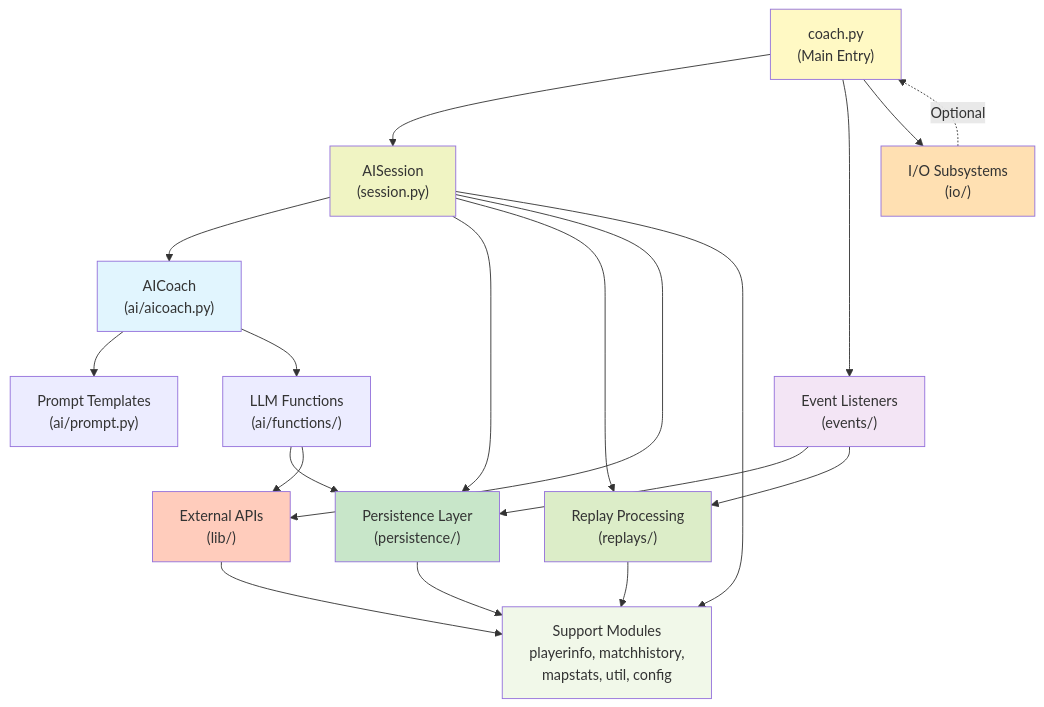
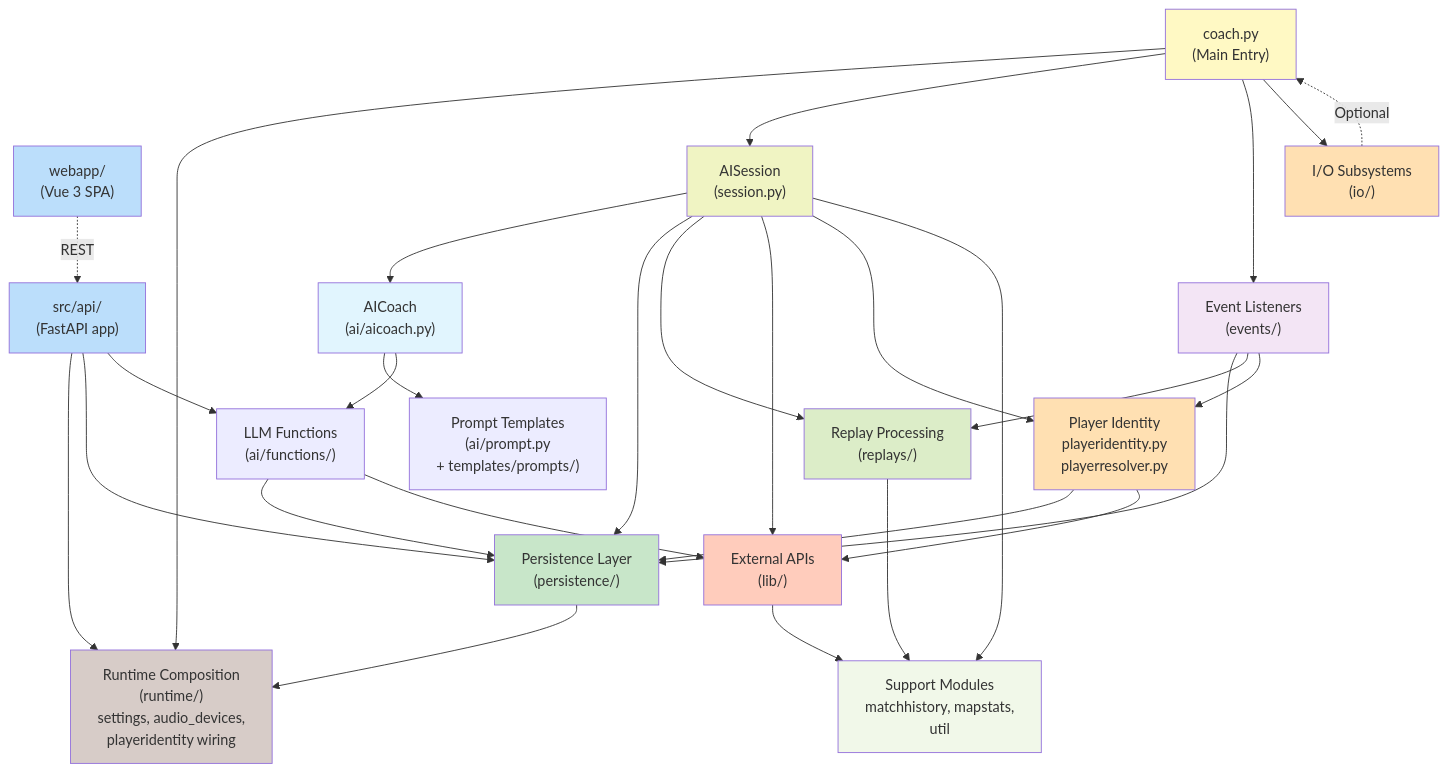
One commit to manuelseeger/sc2-ai-coach changed the second of 8 diagrams in docs/architecture.md. Above: the diagram before and after it, drawn with Mermaid. The commit also changed other lines of this file, not shown here.

Commit message:
Update architecture

````diff
--- a/docs/architecture.md
+++ b/docs/architecture.md
@@ -59,15 +71,20 @@
 graph TB
     Coach["coach.py
     (Main Entry)"]
+    Api["src/api/
+    (FastAPI app)"]
+    Webapp["webapp/
+    (Vue 3 SPA)"]
     Session["AISession
     (session.py)"]
     AICoach["AICoach
     (ai/aicoach.py)"]
     Prompt["Prompt Templates
-    (ai/prompt.py)"]
+    (ai/prompt.py
+    + templates/prompts/)"]
     Functions["LLM Functions
     (ai/functions/)"]
-    
+
     Events["Event Listeners
     (events/)"]
     IO["I/O Subsystems
@@ -78,37 +95,55 @@
     (replays/)"]
     Libs["External APIs
     (lib/)"]
-    
+    Runtime["Runtime Composition
+    (runtime/)
+    settings, audio_devices,
+    playeridentity wiring"]
+    Identity["Player Identity
+    playeridentity.py
+    playerresolver.py"]
     Support["Support Modules
-    playerinfo, matchhistory,
-    mapstats, util, config"]
-    
+    matchhistory, mapstats,
+    util"]
+
+    Coach --> Runtime
     Coach --> Session
     Coach --> Events
     Coach --> IO
-    
+
+    Api --> Runtime
+    Api --> Persistence
+    Api --> Functions
+    Webapp -.->|REST| Api
+
     Session --> AICoach
     Session --> Persistence
     Session --> Replays
     Session --> Libs
+    Session --> Identity
     Session --> Support
-    
+
     AICoach --> Prompt
     AICoach --> Functions
-    
+
     Functions --> Persistence
     Functions --> Libs
-    
+
     Events --> Persistence
     Events --> Replays
-    
+    Events --> Identity
+
     IO -.->|Optional| Coach
-    
-    Persistence --> Support
+
+    Persistence --> Runtime
+    Identity --> Persistence
+    Identity --> Libs
     Replays --> Support
     Libs --> Support
-    
+
     style Coach fill:#fff9c4
+    style Api fill:#bbdefb
+    style Webapp fill:#bbdefb
     style Session fill:#f0f4c3
     style AICoach fill:#e1f5fe
     style Events fill:#f3e5f5
@@ -116,5 +151,7 @@
     style Persistence fill:#c8e6c9
     style Replays fill:#dcedc8
     style Libs fill:#ffccbc
+    style Runtime fill:#d7ccc8
+    style Identity fill:#ffe0b2
     style Support fill:#f1f8e9
 ```
````
